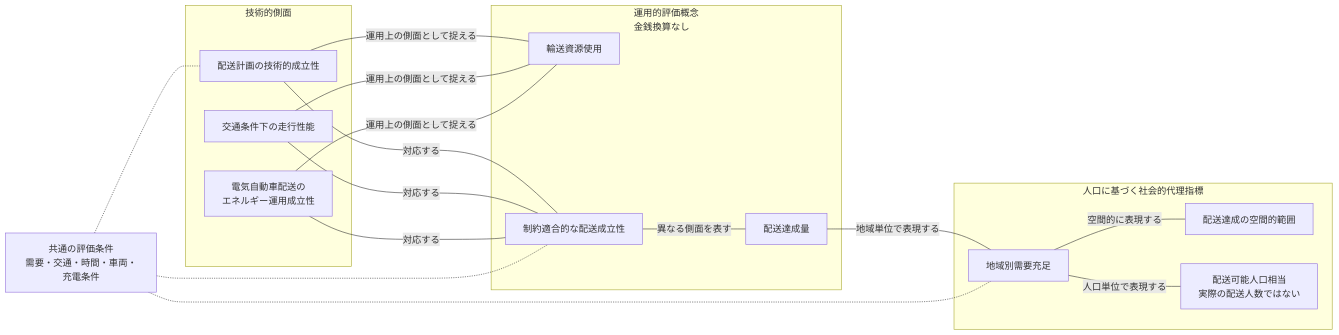
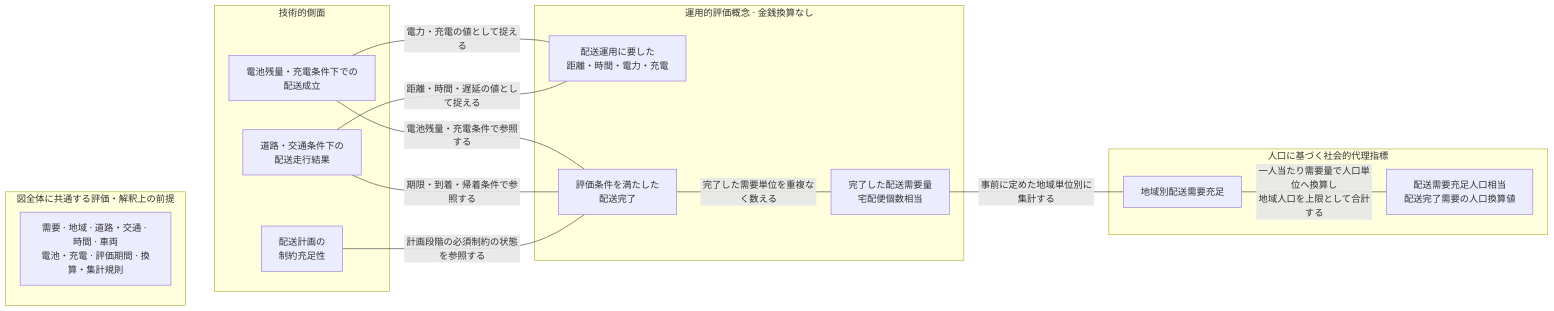
The diagram in 05_src/traffic_simulation/impact_propagation/operational_impact_propagation_ja.md (tkm-sano/kmd-analysis), drawn with Mermaid before and after one commit. The commit also changed other lines of this file and 4 other files, not shown here.

````diff
--- a/05_src/traffic_simulation/impact_propagation/operational_impact_propagation_ja.md
+++ b/05_src/traffic_simulation/impact_propagation/operational_impact_propagation_ja.md
@@ -27,38 +29,34 @@
 ```mermaid
 flowchart LR
-    conditions["共通の評価条件<br/>需要・交通・時間・車両・充電条件"]
+    subgraph premises["図全体に共通する評価・解釈上の前提"]
+        conditions["需要 · 地域 · 道路・交通 · 時間 · 車両<br/>電池・充電 · 評価期間 · 換算・集計規則"]
+    end
 
     subgraph technical["技術的側面"]
-        planning["配送計画の技術的成立性"]
-        movement["交通条件下の走行性能"]
-        energy["電気自動車配送の<br/>エネルギー運用成立性"]
+        planning["配送計画の<br/>制約充足性"]
+        driving["道路・交通条件下の<br/>配送走行結果"]
+        ev["電池残量・充電条件下での<br/>配送成立"]
     end
 
-    subgraph operational["運用的評価概念<br/>金銭換算なし"]
-        resources["輸送資源使用"]
-        completion["制約適合的な配送成立性"]
-        volume["配送達成量"]
+    subgraph operational["運用的評価概念 · 金銭換算なし"]
+        use["配送運用に要した<br/>距離・時間・電力・充電"]
+        completion["評価条件を満たした<br/>配送完了"]
+        amount["完了した配送需要量<br/>宅配便個数相当"]
     end
 
-    subgraph social["人口に基づく社会的代理指標"]
-        regional["地域別需要充足"]
-        spatial["配送達成の空間的範囲"]
-        population["配送可能人口相当<br/>実際の配送人数ではない"]
+    subgraph proxy["人口に基づく社会的代理指標"]
+        regional["地域別配送需要充足"]
+        population["配送需要充足人口相当<br/>配送完了需要の人口換算値"]
     end
 
-    planning ---|運用上の側面として捉える| resources
-    planning ---|対応する| completion
-    movement ---|運用上の側面として捉える| resources
-    movement ---|対応する| completion
-    energy ---|運用上の側面として捉える| resources
-    energy ---|対応する| completion
+    planning ---|計画段階の必須制約の状態を参照する| completion
+    driving ---|距離・時間・遅延の値として捉える| use
+    driving ---|期限・到着・帰着条件で参照する| completion
+    ev ---|電力・充電の値として捉える| use
+    ev ---|電池残量・充電条件で参照する| completion
+    completion ---|完了した需要単位を重複なく数える| amount
+    amount ---|事前に定めた地域単位別に集計する| regional
+    regional ---|一人当たり需要量で人口単位へ換算し<br/>地域人口を上限として合計する| population
 
-    completion ---|異なる側面を表す| volume
-    volume ---|地域単位で表現する| regional
-    regional ---|空間的に表現する| spatial
-    regional ---|人口単位で表現する| population
-
-    conditions -.- planning
-    conditions -.- completion
-    conditions -.- regional
+    conditions ~~~ planning
 ```
````
